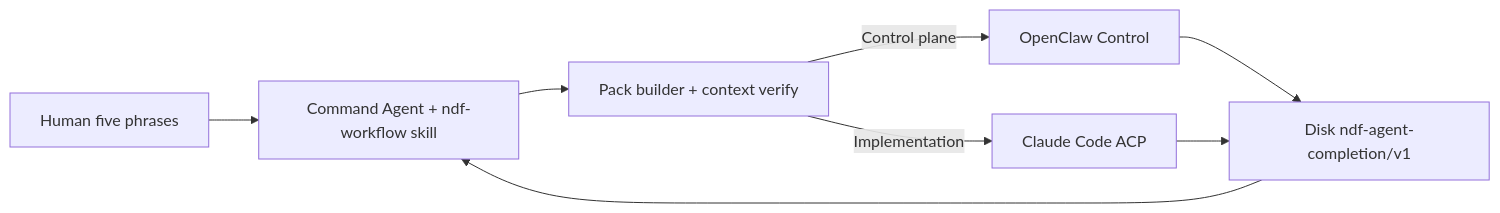
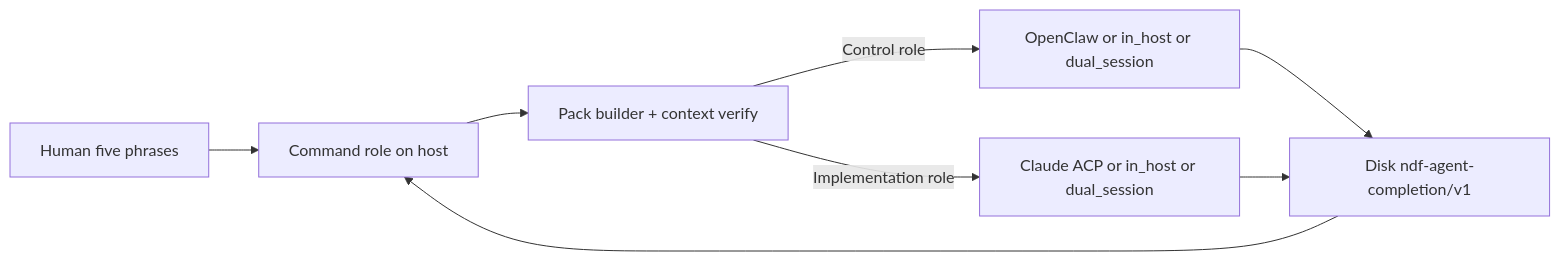
One commit to xuefenghao5121/NDF-Harness changed the first of 6 diagrams in docs/ARCHITECTURE.md. Above: the diagram before and after it, drawn with Mermaid. The commit also changed 32 other files, not shown here.

First line of the commit message:
release: NDF Harness 1.0.1 role-adapter fallback

````diff
--- a/docs/ARCHITECTURE.md
+++ b/docs/ARCHITECTURE.md
@@ -8,10 +8,10 @@
 ```mermaid
 flowchart LR
-  Human[Human five phrases] --> Command[Command Agent + ndf-workflow skill]
+  Human[Human five phrases] --> Command[Command role on host]
   Command --> Pack[Pack builder + context verify]
-  Pack -->|Control plane| OpenClaw[OpenClaw Control]
-  Pack -->|Implementation| Claude[Claude Code ACP]
-  OpenClaw --> Disk["Disk ndf-agent-completion/v1"]
-  Claude --> Disk
+  Pack -->|Control role| Control[OpenClaw or in_host or dual_session]
+  Pack -->|Implementation role| Impl[Claude ACP or in_host or dual_session]
+  Control --> Disk["Disk ndf-agent-completion/v1"]
+  Impl --> Disk
   Disk --> Command
 ```
````
